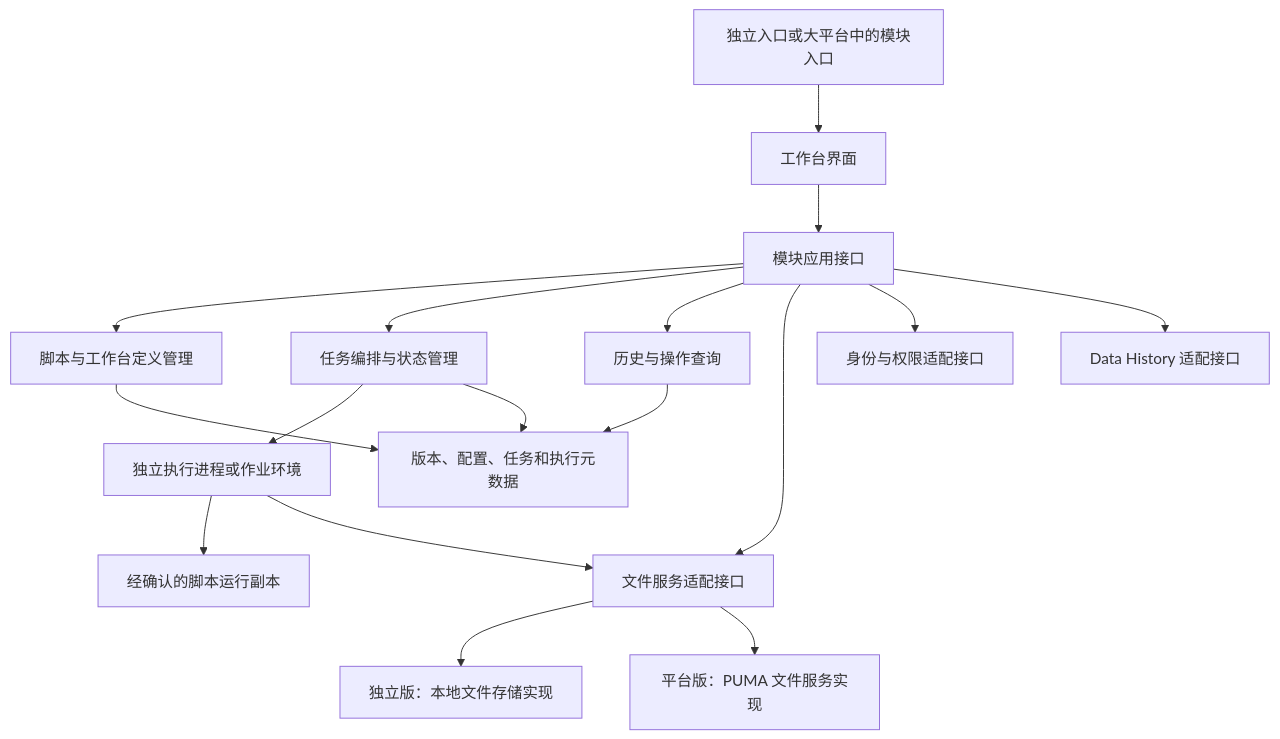
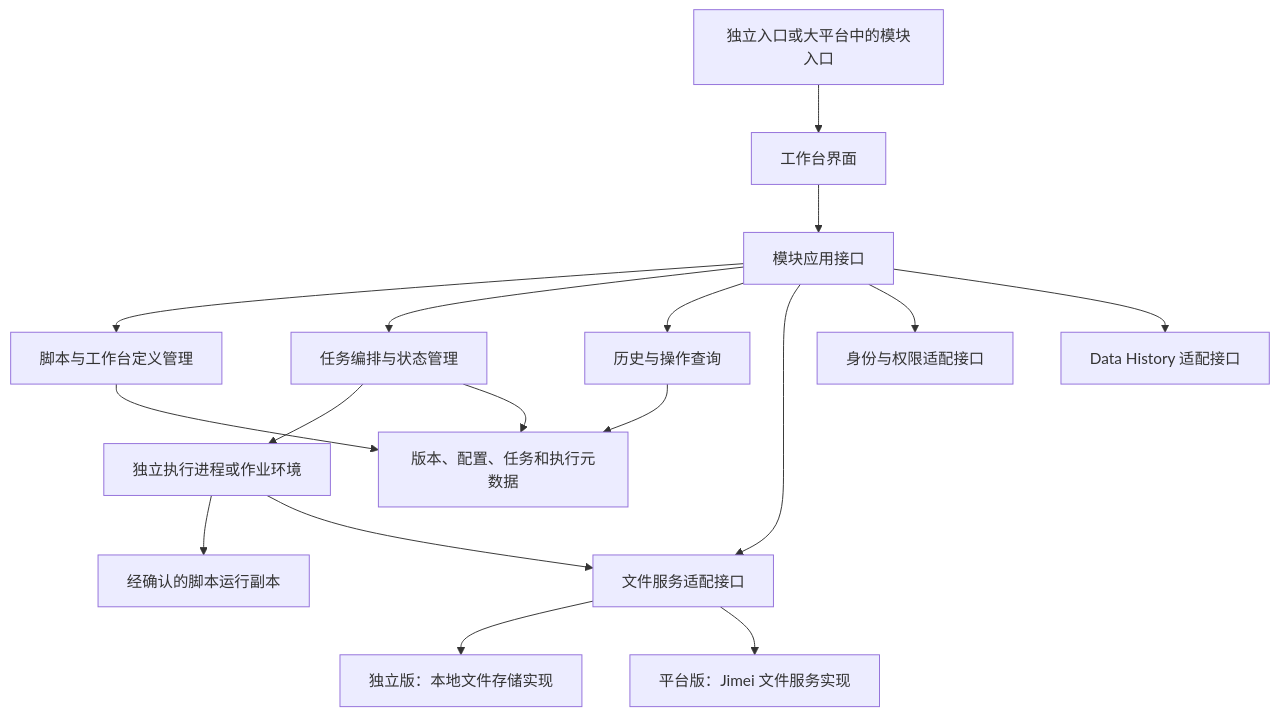
The second of 4 diagrams in DOCS/02_REQUIREMENTS.md (wen001-git/20_PYReport-Workbench), drawn with Mermaid before and after one commit. The commit also changed other lines of this file and 1 other file, not shown here.

Commit message:
docs: rename host platform to Jimei

````diff
--- a/DOCS/02_REQUIREMENTS.md
+++ b/DOCS/02_REQUIREMENTS.md
@@ -62,19 +62,19 @@
 ```mermaid
 flowchart TB
     U[独立入口或大平台中的模块入口] --> UI[工作台界面]
     UI --> API[模块应用接口]
     API --> S[脚本与工作台定义管理]
     API --> O[任务编排与状态管理]
     API --> Q[历史与操作查询]
     O --> R[独立执行进程或作业环境]
     R --> P[经确认的脚本运行副本]
     S --> DB[版本、配置、任务和执行元数据]
     O --> DB
     Q --> DB
     API --> FS[文件服务适配接口]
     R --> FS
     FS --> LOCAL[独立版：本地文件存储实现]
-    FS --> PLATFORM[平台版：PUMA 文件服务实现]
+    FS --> PLATFORM[平台版：Jimei 文件服务实现]
     API --> ID[身份与权限适配接口]
     API --> HS[Data History 适配接口]
 ```
````
